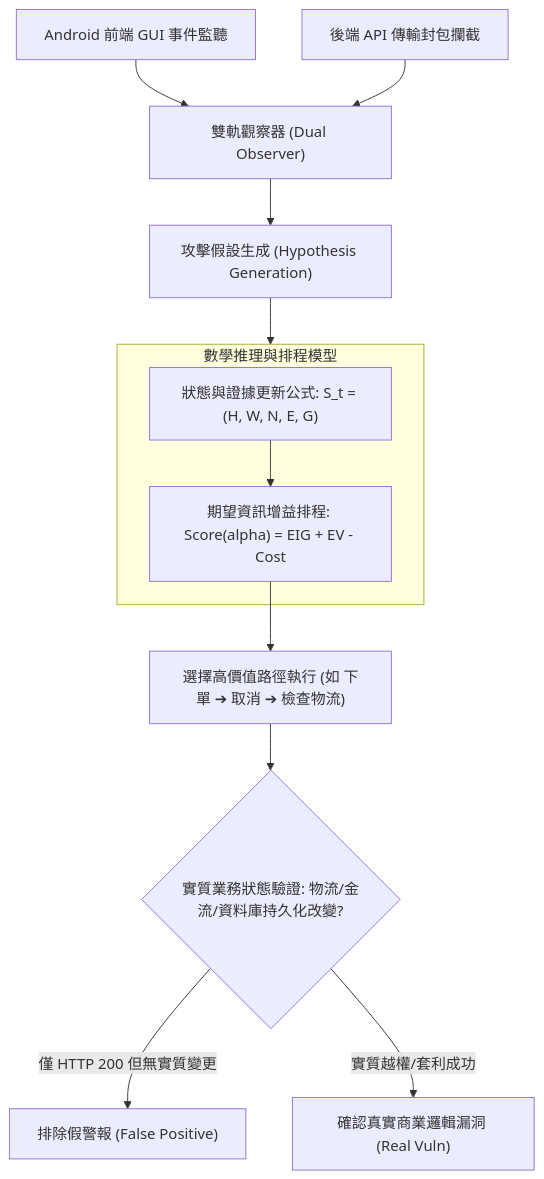
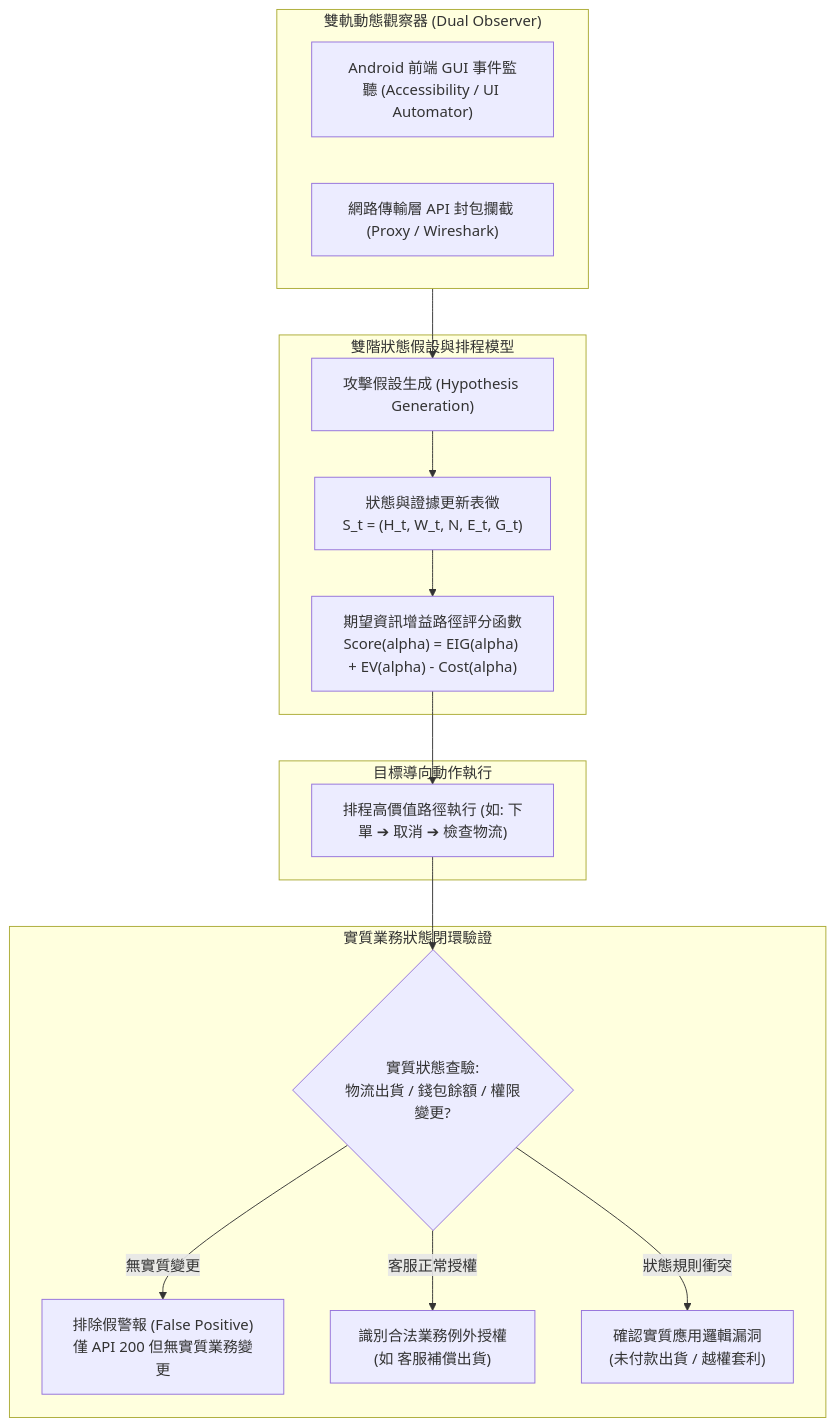
The diagram in 5-Master/Laboratory/Thesis-Progress/20261012-02-Android黑箱商業邏輯漏洞自主探索與雙階狀態假設驗證.md (Youchenjiang/kb-records), drawn with Mermaid before and after one commit. The commit also changed other lines of this file and 1 other file, not shown here.

````diff
--- a/5-Master/Laboratory/Thesis-Progress/20261012-02-Android黑箱商業邏輯漏洞自主探索與雙階狀態假設驗證.md
+++ b/5-Master/Laboratory/Thesis-Progress/20261012-02-Android黑箱商業邏輯漏洞自主探索與雙階狀態假設驗證.md
@@ -22,19 +24,33 @@
 ```mermaid
 flowchart TD
-    AndroidGUI["Android 前端 GUI 事件監聽"] --> DualObserver["雙軌觀察器 (Dual Observer)"]
-    NetworkAPI["後端 API 傳輸封包攔截"] --> DualObserver
-    
-    DualObserver --> HypothesisGen["攻擊假設生成 (Hypothesis Generation)"]
-    HypothesisGen --> MathModel["數學推理與排程模型"]
-    
-    subgraph MathModel["數學推理與排程模型"]
-        Formula1["狀態與證據更新公式: S_t = (H, W, N, E, G)"]
-        Formula2["期望資訊增益排程: Score(alpha) = EIG + EV - Cost"]
+    subgraph InputObservation["雙軌動態觀察器 (Dual Observer)"]
+        AndroidGUI["Android 前端 GUI 事件監聽 (Accessibility / UI Automator)"]
+        NetworkAPI["網路傳輸層 API 封包攔截 (Proxy / Wireshark)"]
+    end
+
+    subgraph StateAndHypothesis["雙階狀態假設與排程模型"]
+        HypothesisGen["攻擊假設生成 (Hypothesis Generation)"]
+        Formula1["狀態與證據更新表徵<br/>S_t = (H_t, W_t, N, E_t, G_t)"]
+        Formula2["期望資訊增益路徑評分函數<br/>Score(alpha) = EIG(alpha) + EV(alpha) - Cost(alpha)"]
+        HypothesisGen --> Formula1
         Formula1 --> Formula2
     end
-    
-    Formula2 --> ActionExec["選擇高價值路徑執行 (如 下單 ➔ 取消 ➔ 檢查物流)"]
-    ActionExec --> DeepVerify{"實質業務狀態驗證: 物流/金流/資料庫持久化改變?"}
-    DeepVerify -- 僅 HTTP 200 但無實質變更 --> DiscardFP["排除假警報 (False Positive)"]
-    DeepVerify -- 實質越權/套利成功 --> ConfirmBug["確認真實商業邏輯漏洞 (Real Vuln)"]
+
+    subgraph ActionExecution["目標導向動作執行"]
+        ActionExec["排程高價值路徑執行 (如: 下單 ➔ 取消 ➔ 檢查物流)"]
+    end
+
+    subgraph DeepVerification["實質業務狀態閉環驗證"]
+        DeepVerify{"實質狀態查驗:<br/>物流出貨 / 錢包餘額 / 權限變更?"}
+        DiscardFP["排除假警報 (False Positive)<br/>僅 API 200 但無實質業務變更"]
+        LegalException["識別合法業務例外授權<br/>(如 客服補償出貨)"]
+        ConfirmBug["確認實質應用邏輯漏洞<br/>(未付款出貨 / 越權套利)"]
+    end
+
+    InputObservation --> HypothesisGen
+    Formula2 --> ActionExec
+    ActionExec --> DeepVerify
+    DeepVerify -- "無實質變更" --> DiscardFP
+    DeepVerify -- "客服正常授權" --> LegalException
+    DeepVerify -- "狀態規則衝突" --> ConfirmBug
 ```
````
